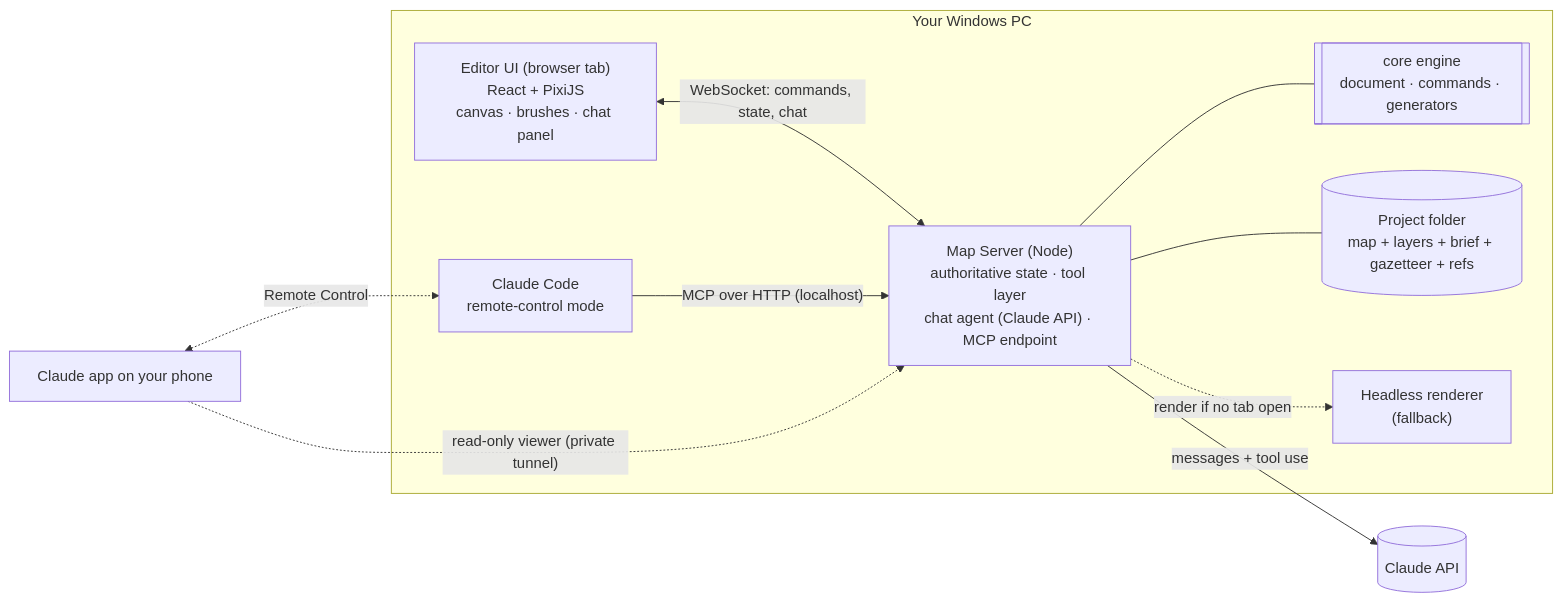
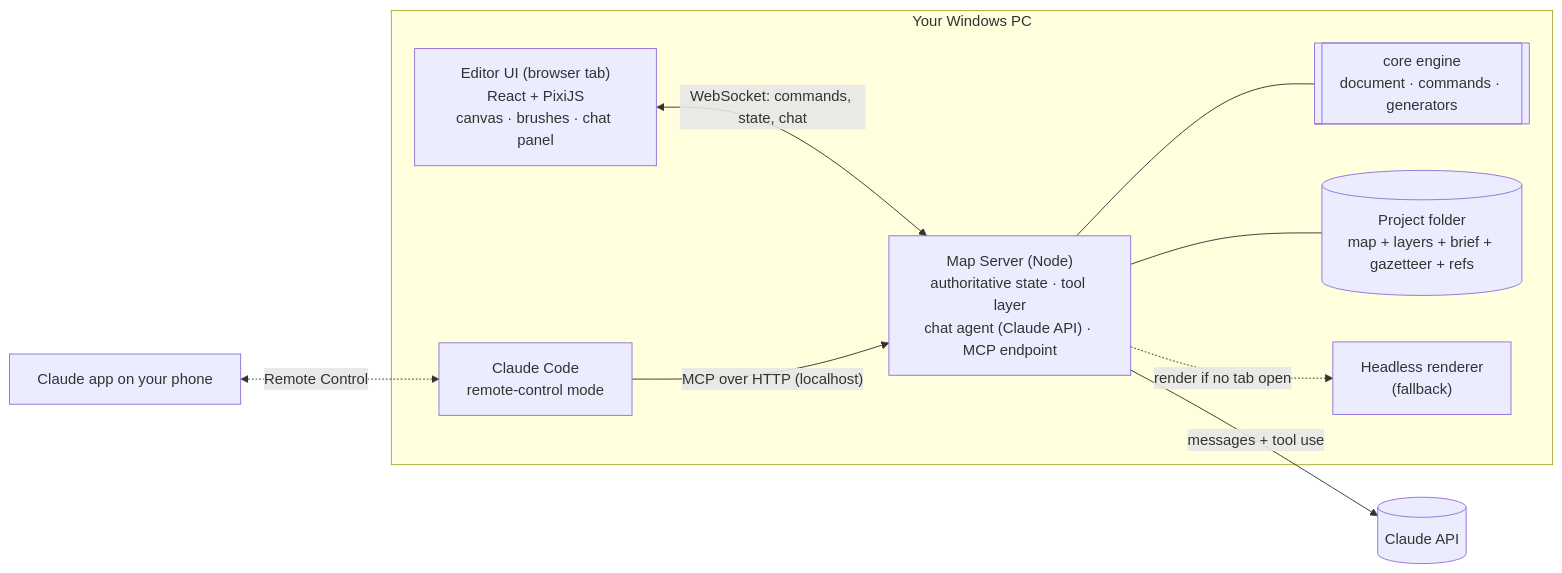
Before and after one commit to DJ-JackJack/dragon-drop: the diagram in docs/PLAN.md, drawn with Mermaid. The commit also changed other lines of this file and 42 other files, not shown here.

First line of the commit message:
Take out the phone page: Dragon Drop answers only this PC

````diff
--- a/docs/PLAN.md
+++ b/docs/PLAN.md
@@ -54,22 +54,21 @@
 ```mermaid
 flowchart LR
   subgraph "Your Windows PC"
     UI["Editor UI (browser tab)<br/>React + PixiJS<br/>canvas · brushes · chat panel"]
     SRV["Map Server (Node)<br/>authoritative state · tool layer<br/>chat agent (Claude API) · MCP endpoint"]
     CORE[["core engine<br/>document · commands · generators"]]
     FS[("Project folder<br/>map + layers + brief + gazetteer + refs")]
     CC["Claude Code<br/>remote-control mode"]
     HL["Headless renderer<br/>(fallback)"]
   end
   PHONE["Claude app on your phone"]
   API[("Claude API")]
 
   UI <-- "WebSocket: commands, state, chat" --> SRV
   SRV --- CORE
   SRV --- FS
   SRV -- "messages + tool use" --> API
   CC -- "MCP over HTTP (localhost)" --> SRV
   PHONE <-. "Remote Control" .-> CC
   SRV -. "render if no tab open" .-> HL
-  PHONE -. "read-only viewer (private tunnel)" .-> SRV
 ```
````
